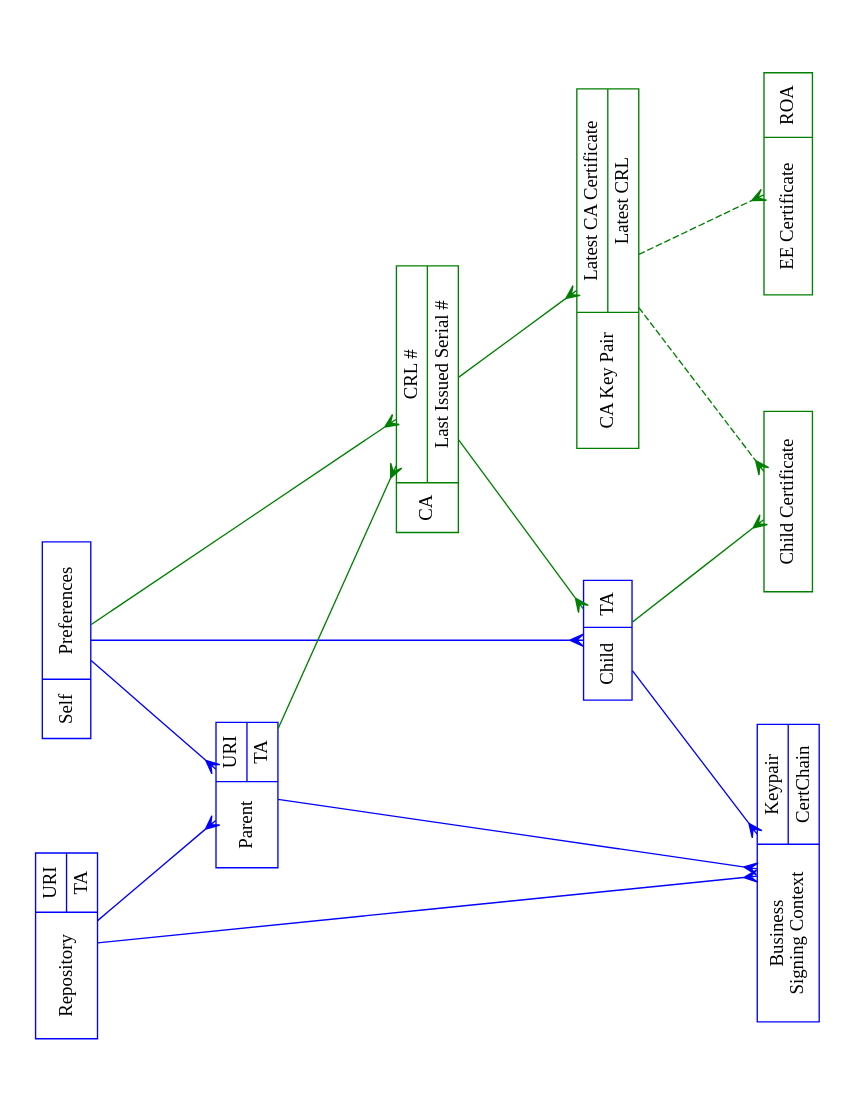
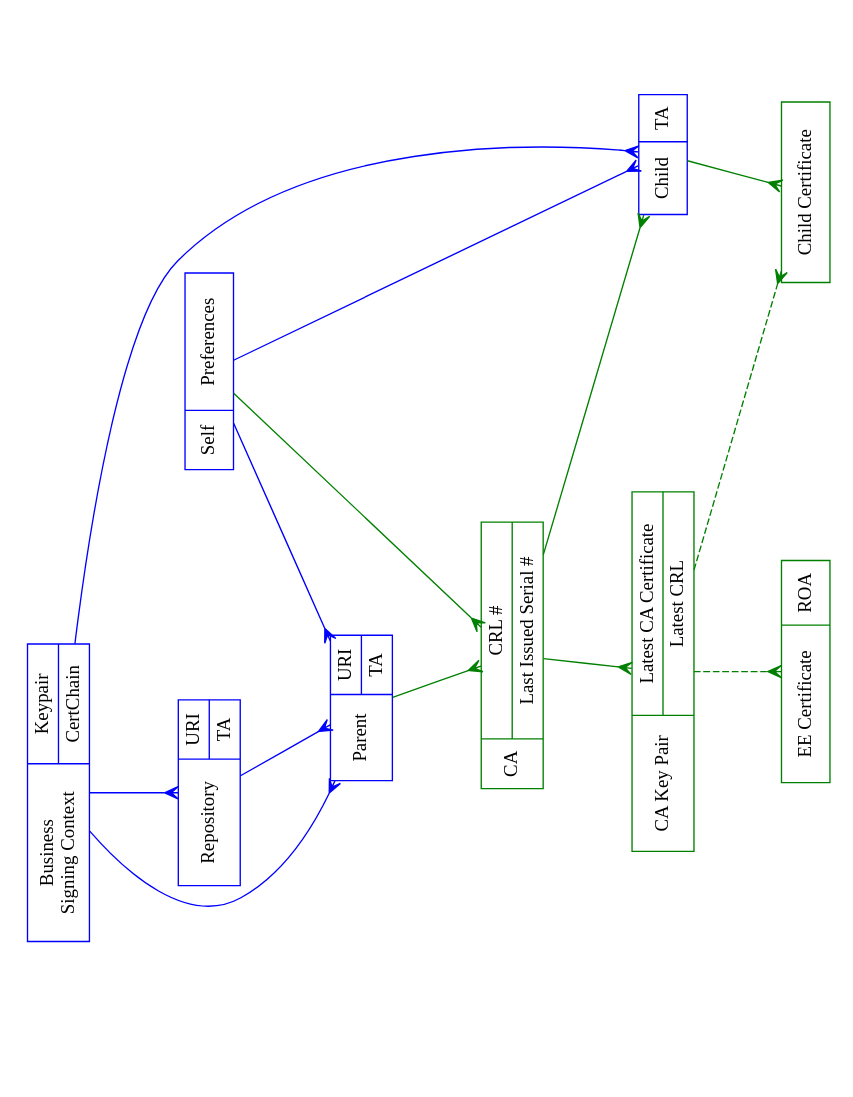
The diagram in docs/images/whiteboard-object-model.dot (dragonresearch/rpki.net), drawn with Graphviz before and after one commit.

Commit message:
Relationships to biz_sign were backwards.
svn path=/docs/images/whiteboard-object-model.dot; revision=575

```diff
--- a/docs/images/whiteboard-object-model.dot
+++ b/docs/images/whiteboard-object-model.dot
@@ -1,61 +1,61 @@
 // $URL$
 // $Id$
 
 // This is an attempt to capture
 // http://subvert-rpki.hactrn.net/docs/prague-whiteboard-2007-03-22-23:15:01.jpg
 
 // {arrowhead,arrowtail} shapes to use for database object relationships:
 //   1-  none
 //   m-  crow
 // Color code:
 //   Blue:  visible in left-right protocol
 //   Green: created on the fly
 
 digraph rpki_engine_objects {
 	rotate=90;	size="11,8.5";	splines=true;	ratio=fill;
 	node		[ shape=record ];
 
 	// Objects visible in left-to-right protocol
 	node		[ color=blue ];
 	self		[ label="Self|{Preferences}" ];
 	parent		[ label="Parent|{URI|TA}" ];
 	repo		[ label="Repository|{URI|TA}" ];
 	child		[ label="Child|{TA}" ];
 	biz_sign	[ label="Business\nSigning Context|{Keypair|CertChain}" ];
 
 	// Objects created on the fly by the RPKI engine
 	node		[ color=green ];
 	ca		[ label="CA|{CRL #|Last Issued Serial #}" ];
 	child_cert	[ label="Child Certificate" ];
 	ee_cert		[ label="EE Certificate|{ROA}" ];
 	ca_key_pair	[ label="CA Key Pair|{Latest CA Certificate|Latest CRL}" ];
 
 	// One-many mappings
 	edge [ color=blue, arrowtail=none, arrowhead=crow ];
-	child -> biz_sign;
+	biz_sign -> child;
+	biz_sign -> parent;
+	biz_sign -> repo;
 	self -> child;
 	self -> parent;
-	parent -> biz_sign;
-	repo -> biz_sign;
 	repo -> parent;
 
 	// Many-many mappings
 	edge [ color=green, arrowtail=crow, arrowhead=crow ];
 	ca -> child;
 
 	// One-many mappings
 	edge [ color=green, arrowtail=none, arrowhead=crow ];
 	ca -> ca_key_pair;
 	child -> child_cert;
 	self -> ca;
 	parent -> ca;
 
 	// Weird one-many
 	edge [ color=green, arrowtail=none, arrowhead=crow, style=dashed ];
 	ca_key_pair -> child_cert;
 	ca_key_pair -> ee_cert;
 }
 
 // Local Variables:
 // compile-command: "neato -Tps2 whiteboard-object-model.dot | ps2pdf - whiteboard-object-model.pdf"
 // End:
```
